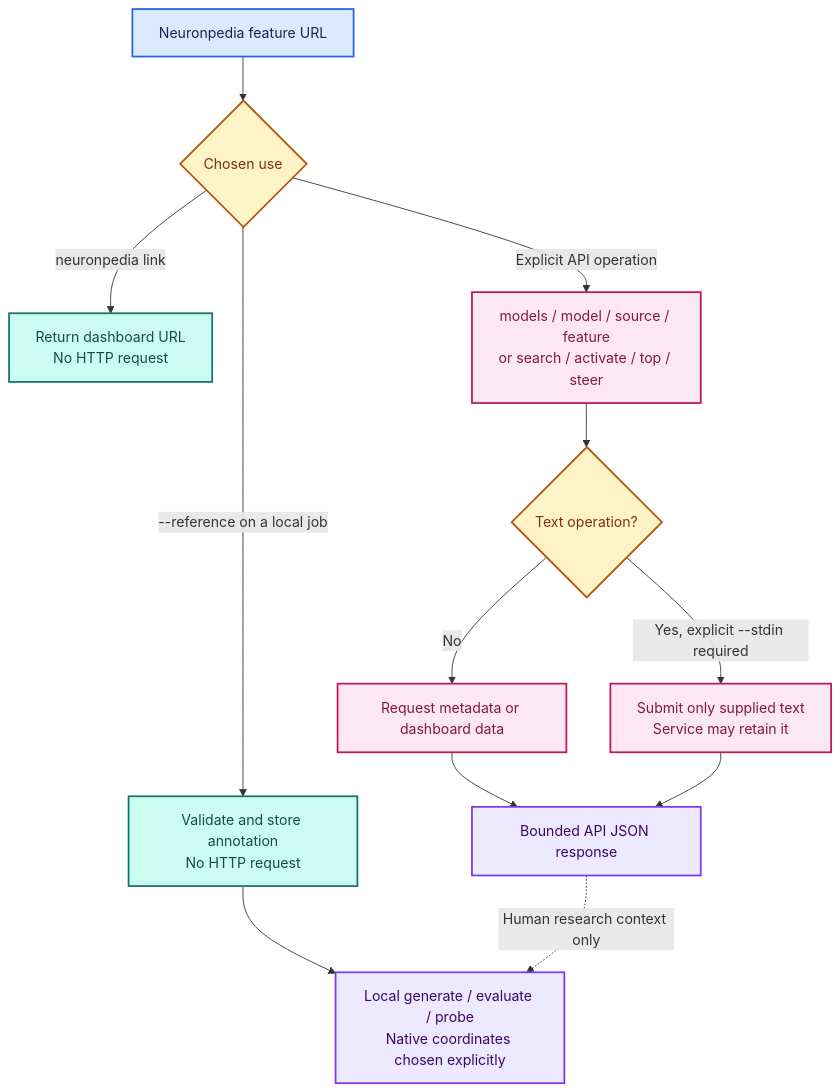
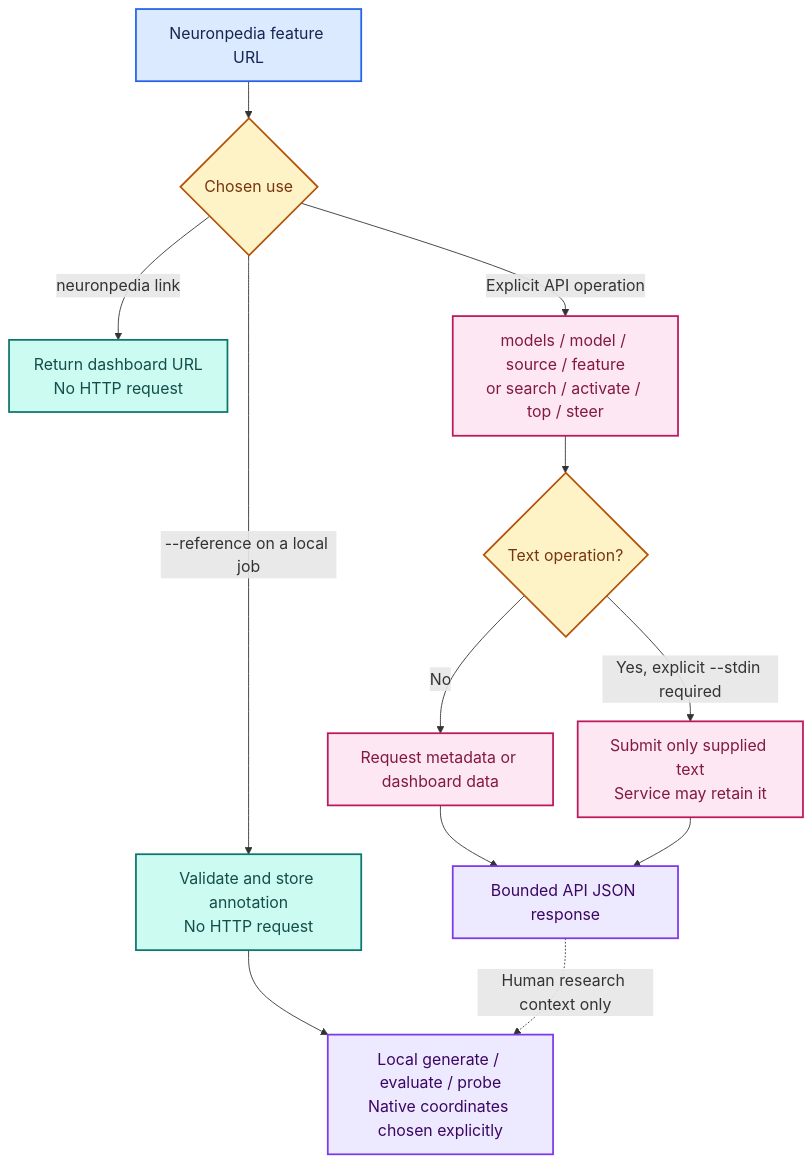
The first of 2 diagrams in NEURONPEDIA.md (djayuffe/neuron-steer), drawn with Mermaid before and after one commit. The commit also changed other lines of this file and 6 other files, not shown here.

Commit message:
Improve reading paths, diagram typography and ELI5 concept explanations

````diff
--- a/NEURONPEDIA.md
+++ b/NEURONPEDIA.md
@@ -7,22 +23,34 @@
 ```mermaid
+---
+config:
+  fontFamily: Arial, Helvetica, sans-serif
+  fontSize: 18
+  themeVariables:
+    fontFamily: Arial, Helvetica, sans-serif
+    fontSize: 18px
+  flowchart:
+    nodeSpacing: 28
+    rankSpacing: 42
+    padding: 14
+---
 flowchart TB
   accTitle: Local annotations and explicit API research have different data paths
   accDescr: Local references are saved without HTTP. Explicit Neuronpedia operations may contact the service and text operations submit only explicit stdin. SAE feature coordinates are not local native-neuron coordinates.
-U["Neuronpedia feature URL"]:::input --> Q{"Chosen use"}:::choice
+  U["Neuronpedia feature URL"]:::input --> Q{"Chosen use"}:::choice
   Q -- "--reference on a local job" --> A["Validate and store annotation<br/>No HTTP request"]:::local
   A --> J["Local generate / evaluate / probe<br/>Native coordinates chosen explicitly"]:::evidence
   Q -- "neuronpedia link" --> L["Return dashboard URL<br/>No HTTP request"]:::local
   Q -- "Explicit API operation" --> R["models / model / source / feature<br/>or search / activate / top / steer"]:::remote
   R --> D{"Text operation?"}:::choice
   D -- "No" --> M["Request metadata or dashboard data"]:::remote
   D -- "Yes, explicit --stdin required" --> T["Submit only supplied text<br/>Service may retain it"]:::remote
   M --> O["Bounded API JSON response"]:::evidence
   T --> O
   O -. "Human research context only" .-> J
   classDef input fill:#DBEAFE,stroke:#2563EB,color:#172554,stroke-width:2px;
   classDef local fill:#CCFBF1,stroke:#0F766E,color:#134E4A,stroke-width:2px;
   classDef choice fill:#FEF3C7,stroke:#B45309,color:#78350F,stroke-width:2px;
   classDef evidence fill:#EDE9FE,stroke:#7C3AED,color:#3B0764,stroke-width:2px;
   classDef remote fill:#FCE7F3,stroke:#BE185D,color:#831843,stroke-width:2px;
   classDef limit fill:#FEE2E2,stroke:#DC2626,color:#7F1D1D,stroke-width:2px;
 ```
````
